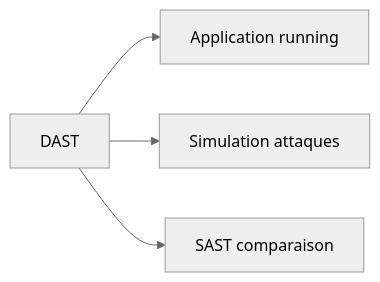
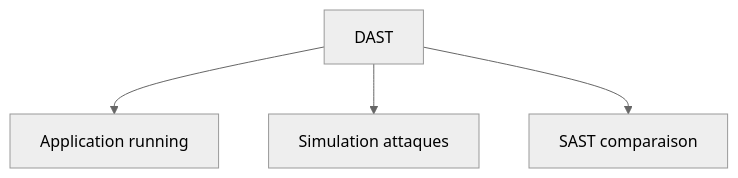
Before and after one commit to zyrass/omnydocs: the ninth of 30 diagrams in docs/glossaire/devsecops.md, drawn with Mermaid (neutral theme). The commit also changed other lines of this file and 1780 other files, not shown here.

````diff
--- a/docs/glossaire/devsecops.md
+++ b/docs/glossaire/devsecops.md
@@ -190,6 +228,6 @@
-    ```mermaid
-    graph LR
-        A[DAST] --> B[Application running]
-        A --> C[Simulation attaques]
-        A --> D[SAST comparaison]
-    ```
+```mermaid
+graph TB
+    A[DAST] --> B[Application running]
+    A --> C[Simulation attaques]
+    A --> D[SAST comparaison]
+```
````
